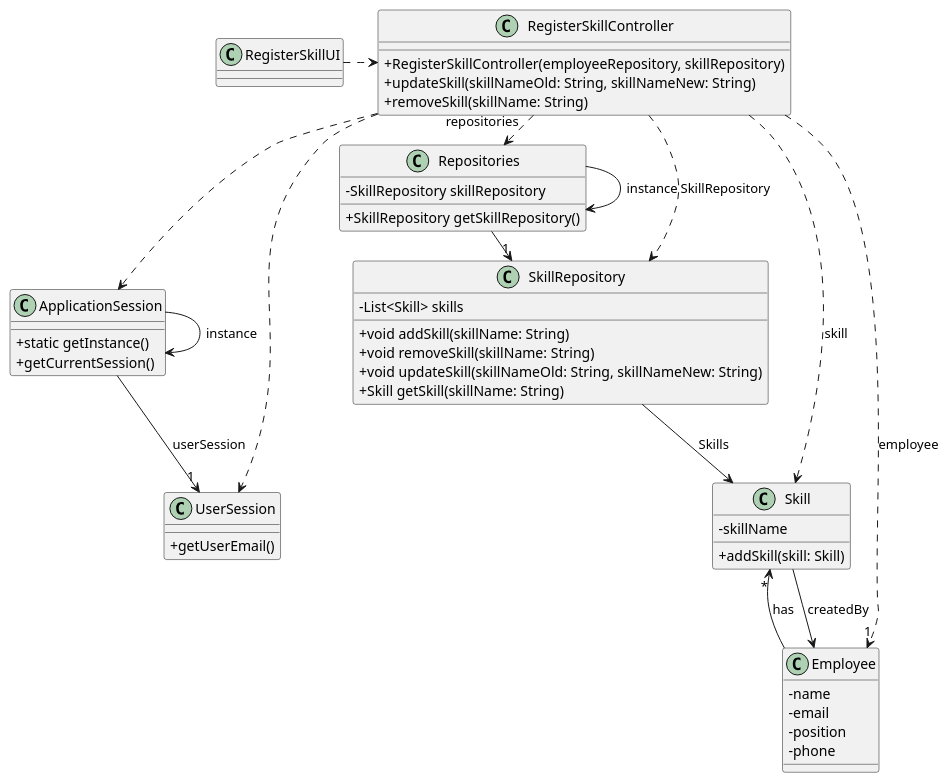
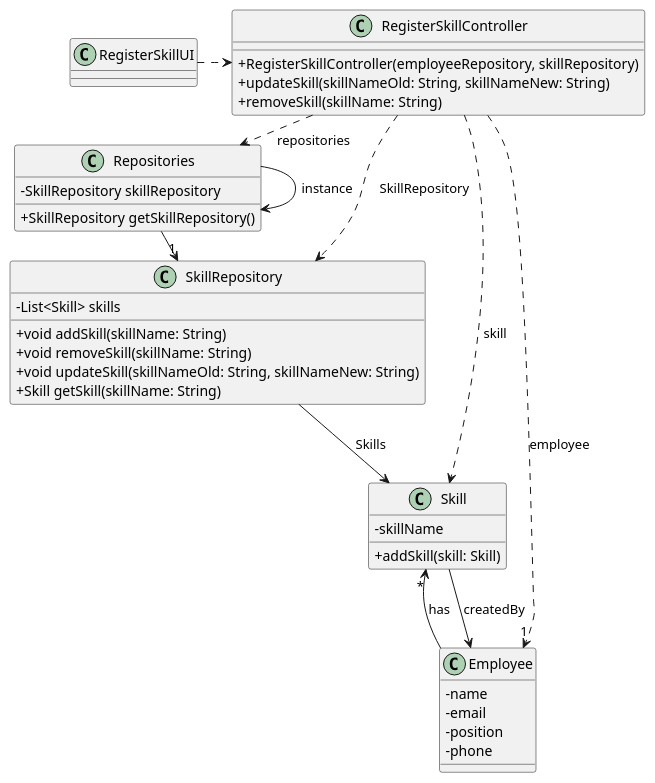
The diagram in docs/sprintB/us001/03.design/puml/us001-class-diagram.puml (Departamento-de-Engenharia-Informatica/greenspace-management), drawn with PlantUML before and after one commit. The commit also changed 8 other files, not shown here.

```diff
--- a/docs/sprintB/us001/03.design/puml/us001-class-diagram.puml
+++ b/docs/sprintB/us001/03.design/puml/us001-class-diagram.puml
@@ -1,86 +1,77 @@
 @startuml
 
 'skinparam monochrome true
 skinparam packageStyle rectangle
 skinparam shadowing false
 skinparam linetype polyline
 skinparam linetype orto
 
 skinparam classAttributeIconSize 0
 
 'left to right direction
 
-class ApplicationSession
-{
-    + static getInstance()
-    + getCurrentSession()
-}
 
-class UserSession
-{
-    + getUserEmail()
-}
+
+
 
 class Employee {
     - name
     - email
     - position
     - phone
 }
 
 class Skill {
     - skillName
 
     + addSkill(skill: Skill)
 }
 
 class SkillRepository{
     - List<Skill> skills
 
     + void addSkill(skillName: String)
     + void removeSkill(skillName: String)
     + void updateSkill(skillNameOld: String, skillNameNew: String)
     + Skill getSkill(skillName: String)
 }
 
 class RegisterSkillUI {
 }
 
 class Repositories{
     - SkillRepository skillRepository
 
     + SkillRepository getSkillRepository()
 }
 
 class RegisterSkillController {
     + RegisterSkillController(employeeRepository, skillRepository)
     + updateSkill(skillNameOld: String, skillNameNew: String)
     + removeSkill(skillName: String)
 }
 
 Repositories -> Repositories : instance
-ApplicationSession -> ApplicationSession : instance
+
 
 RegisterSkillUI .> RegisterSkillController
 
 RegisterSkillController .> Repositories : repositories
 
 Repositories -> "1" SkillRepository
 
 RegisterSkillController ..> Skill : skill
 RegisterSkillController ..> SkillRepository : SkillRepository
 
 ' Legenda
 SkillRepository --> Skill : Skills
 
-ApplicationSession --> "1" UserSession : userSession
 
 RegisterSkillController ..> "1" Employee : employee
-RegisterSkillController ..> ApplicationSession
-RegisterSkillController ..> UserSession
+
 
 Skill --> Employee : createdBy
 
 Employee --> "*" Skill : has
 
 @enduml
```
